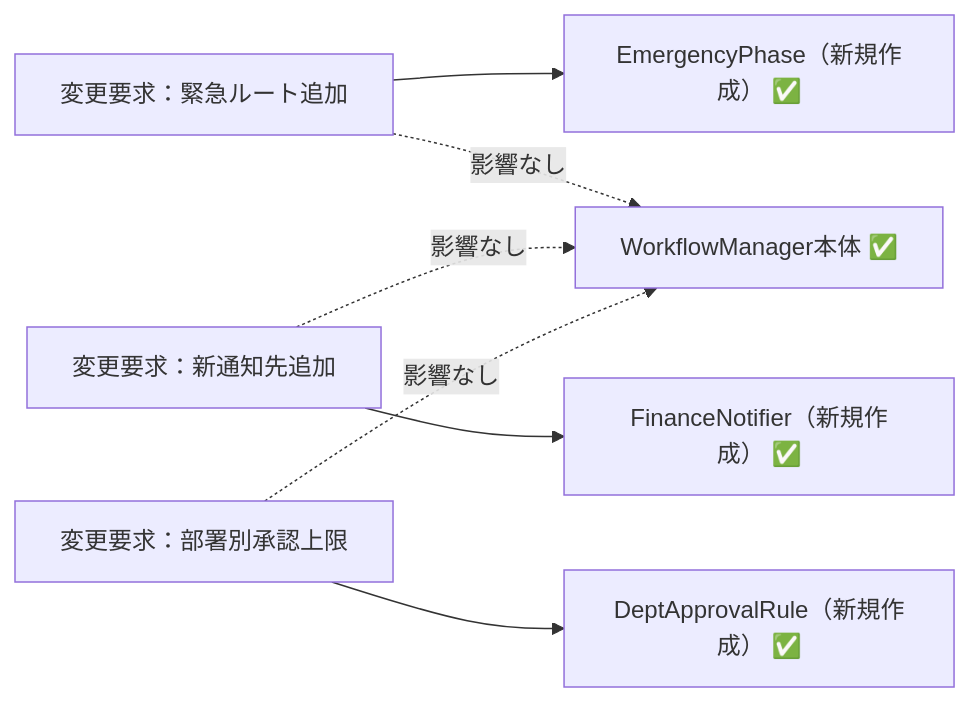
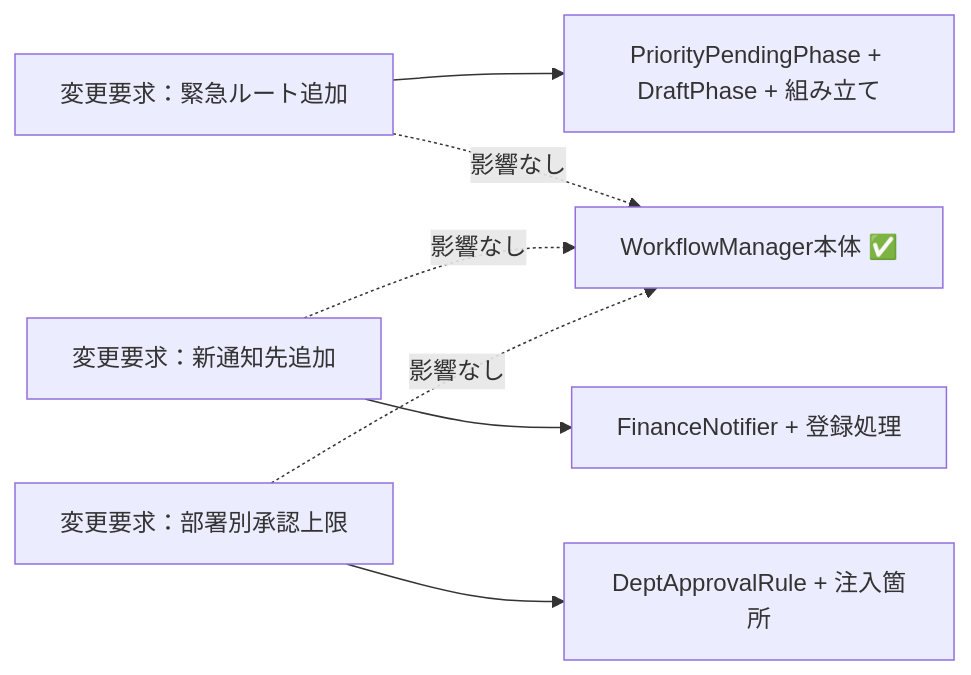
Before and after one commit to kumachan1101-pixel/DesignPattern: the sixth of 8 diagrams in kindle/design-patterns/output/chapter12.md, drawn with Mermaid. The commit also changed other lines of this file and 1 other file, not shown here.

````diff
--- a/kindle/design-patterns/output/chapter12.md
+++ b/kindle/design-patterns/output/chapter12.md
@@ -1076,9 +1133,9 @@
 ```mermaid
 graph LR
-    T1["変更要求：緊急ルート追加"] --> F1["EmergencyPhase（新規作成） ✅"]
+    T1["変更要求：緊急ルート追加"] --> F1["PriorityPendingPhase + DraftPhase + 組み立て"]
     T1 -. "影響なし" .-> A["WorkflowManager本体 ✅"]
-    T2["変更要求：新通知先追加"] --> F2["FinanceNotifier（新規作成） ✅"]
+    T2["変更要求：新通知先追加"] --> F2["FinanceNotifier + 登録処理"]
     T2 -. "影響なし" .-> A
-    T3["変更要求：部署別承認上限"] --> F3["DeptApprovalRule（新規作成） ✅"]
+    T3["変更要求：部署別承認上限"] --> F3["DeptApprovalRule + 注入箇所"]
     T3 -. "影響なし" .-> A
 ```
````
